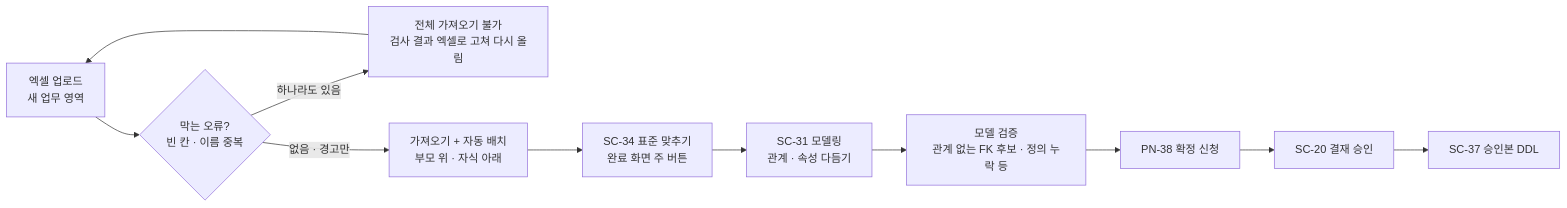
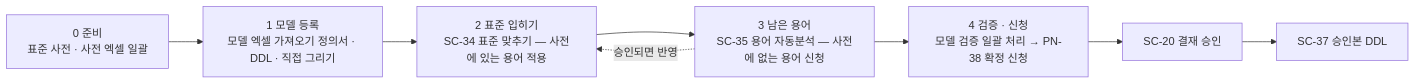
Before and after one commit to Jake0415/DBModeler: diagram 13 of 15 in docs/ux/02-flows.md, drawn with Mermaid. The commit also changed other lines of this file and 46 other files, not shown here.

First line of the commit message:
🎨 ux(mockups): 처음 표준화 흐름 잇기 — 사전 → 모델 엑셀 → 표준 맞추기 → 용어 자동분석 → 모델 검증 · 신청

````diff
--- a/docs/ux/02-flows.md
+++ b/docs/ux/02-flows.md
@@ -376,13 +391,9 @@
 ```mermaid
 flowchart LR
-  A[엑셀 업로드<br/>새 업무 영역] --> B{막는 오류?<br/>빈 칸 · 이름 중복}
-  B -- 하나라도 있음 --> B1[전체 가져오기 불가<br/>검사 결과 엑셀로 고쳐 다시 올림]
-  B1 --> A
-  B -- 없음 · 경고만 --> C[가져오기 + 자동 배치<br/>부모 위 · 자식 아래]
-  C --> D[SC-34 표준 맞추기<br/>완료 화면 주 버튼]
-  D --> E[SC-31 모델링<br/>관계 · 속성 다듬기]
-  E --> F[모델 검증<br/>관계 없는 FK 후보 · 정의 누락 등]
-  F --> G[PN-38 확정 신청]
-  G --> H[SC-20 결재 승인]
-  H --> I[SC-37 승인본 DDL]
+  S0[0 준비<br/>표준 사전 · 사전 엑셀 일괄] --> S1[1 모델 등록<br/>모델 엑셀 가져오기 정의서 · DDL · 직접 그리기]
+  S1 --> S2[2 표준 입히기<br/>SC-34 표준 맞추기 — 사전에 있는 용어 적용]
+  S2 --> S3[3 남은 용어<br/>SC-35 용어 자동분석 — 사전에 없는 용어 신청]
+  S3 --> S4[4 검증 · 신청<br/>모델 검증 일괄 처리 → PN-38 확정 신청]
+  S4 --> H[SC-20 결재 승인] --> I[SC-37 승인본 DDL]
+  S3 -. 승인되면 반영 .-> S2
 ```
````
